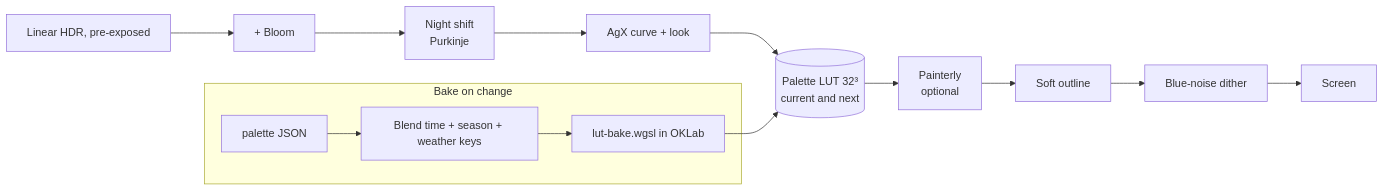
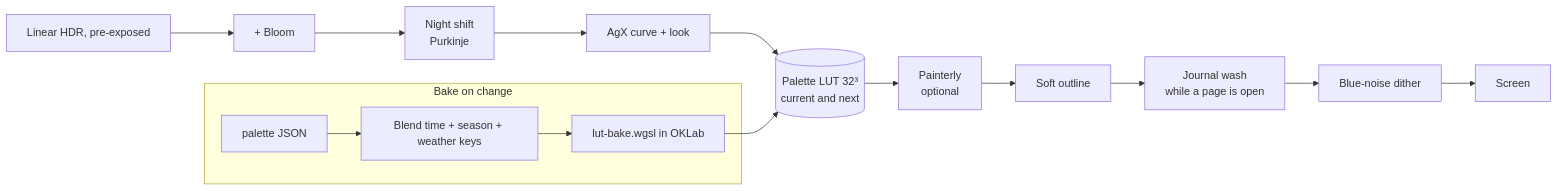
The diagram in docs/05-look-and-palette.md (mshomper/ebb), drawn with Mermaid before and after one commit. The commit also changed other lines of this file and 12 other files, not shown here.

First line of the commit message:
J2b: the journal's show-where wash

````diff
--- a/docs/05-look-and-palette.md
+++ b/docs/05-look-and-palette.md
@@ -23,15 +24,16 @@
 ```mermaid
 flowchart LR
   HDR[Linear HDR, pre-exposed] --> BL[+ Bloom]
   BL --> PK[Night shift<br/>Purkinje]
   PK --> AGX[AgX curve + look]
   AGX --> LUT[(Palette LUT 32³<br/>current and next)]
   LUT --> PT[Painterly<br/>optional]
   PT --> OL[Soft outline]
-  OL --> DI[Blue-noise dither] --> OUT[Screen]
+  OL --> WA[Journal wash<br/>while a page is open]
+  WA --> DI[Blue-noise dither] --> OUT[Screen]
   subgraph Bake on change
     PJ[palette JSON] --> BLEND[Blend time + season + weather keys]
     BLEND --> BAKE[lut-bake.wgsl in OKLab]
   end
   BAKE --> LUT
 ```
````
